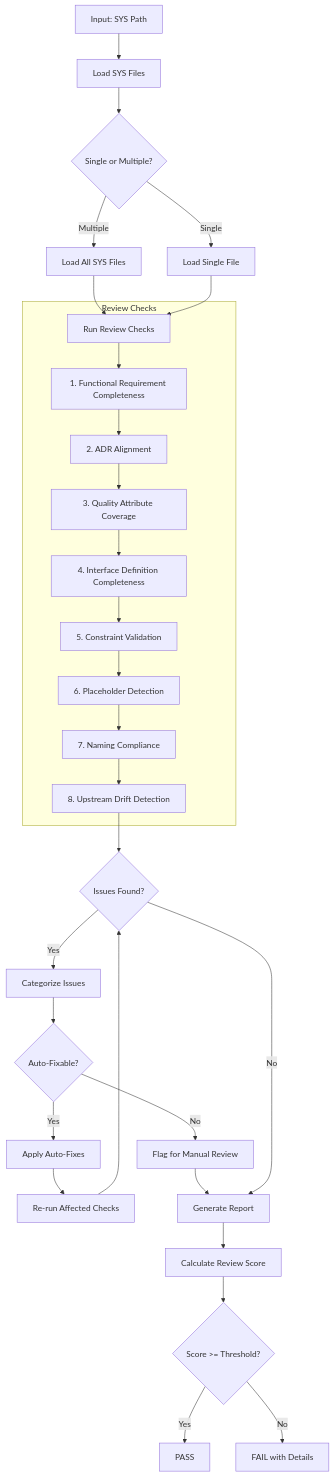
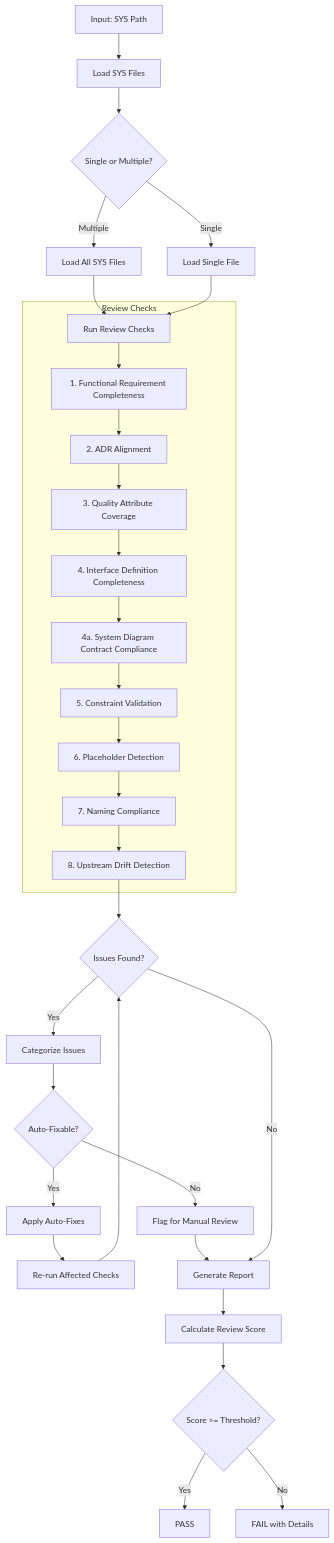
The first of 2 diagrams in .claude/skills/doc-sys-reviewer/SKILL.md (vladm3105/aidoc-flow-framework), drawn with Mermaid before and after one commit. The commit also changed other lines of this file and 118 other files, not shown here.

````diff
--- a/.claude/skills/doc-sys-reviewer/SKILL.md
+++ b/.claude/skills/doc-sys-reviewer/SKILL.md
@@ -69,36 +69,37 @@
 ```mermaid
 flowchart TD
     A[Input: SYS Path] --> B[Load SYS Files]
     B --> C{Single or Multiple?}
 
     C -->|Multiple| D[Load All SYS Files]
     C -->|Single| E[Load Single File]
 
     D --> F[Run Review Checks]
     E --> F
 
     subgraph Review["Review Checks"]
         F --> G[1. Functional Requirement Completeness]
         G --> H[2. ADR Alignment]
         H --> I[3. Quality Attribute Coverage]
         I --> J[4. Interface Definition Completeness]
-        J --> K[5. Constraint Validation]
+      J --> J2[4a. System Diagram Contract Compliance]
+      J2 --> K[5. Constraint Validation]
         K --> L[6. Placeholder Detection]
         L --> M[7. Naming Compliance]
         M --> N2[8. Upstream Drift Detection]
     end
 
     N2 --> N{Issues Found?}
     N -->|Yes| O[Categorize Issues]
     O --> P{Auto-Fixable?}
     P -->|Yes| Q[Apply Auto-Fixes]
     Q --> R[Re-run Affected Checks]
     P -->|No| S[Flag for Manual Review]
     R --> N
     S --> T[Generate Report]
     N -->|No| T
     T --> U[Calculate Review Score]
     U --> V{Score >= Threshold?}
     V -->|Yes| W[PASS]
     V -->|No| X[FAIL with Details]
 ```
````
